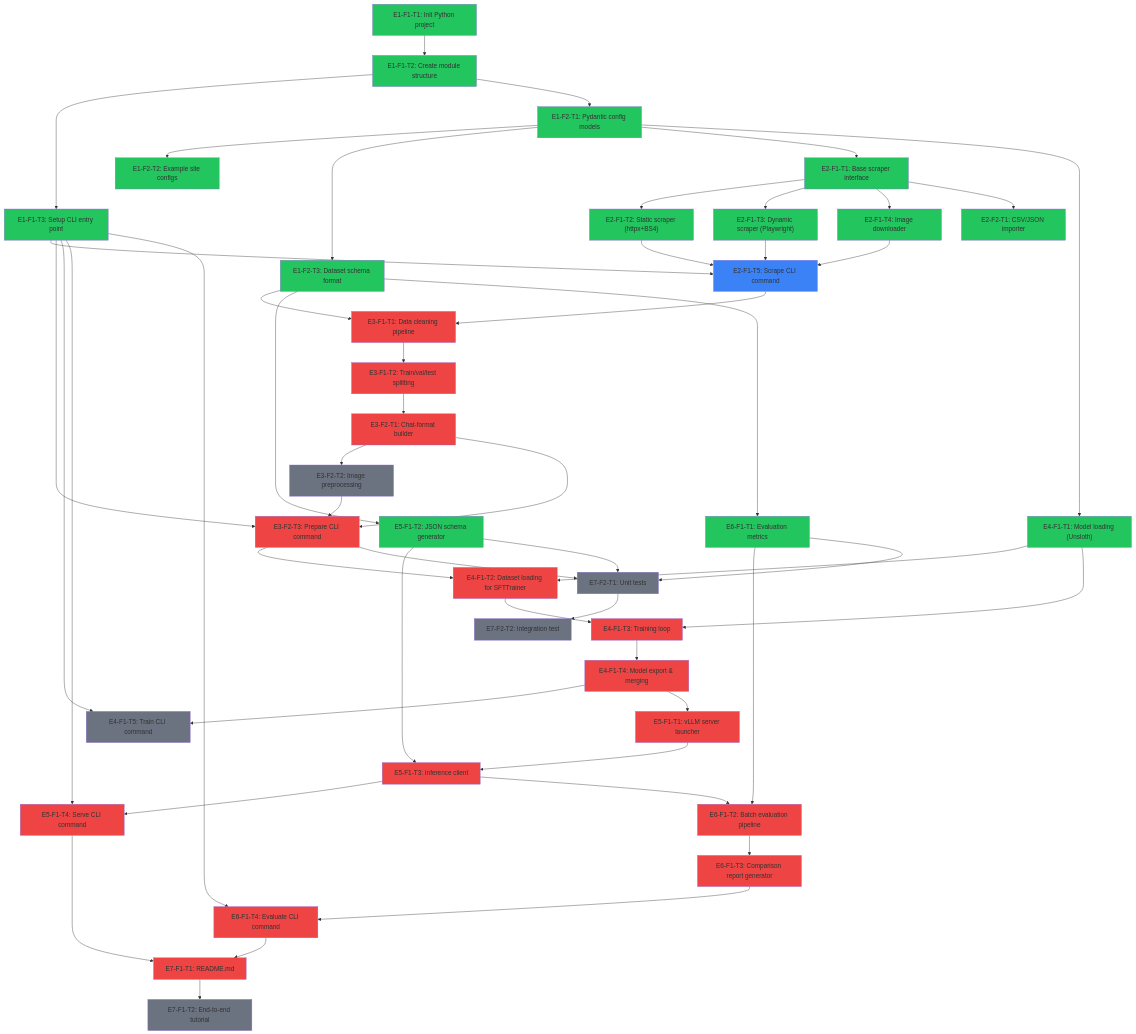
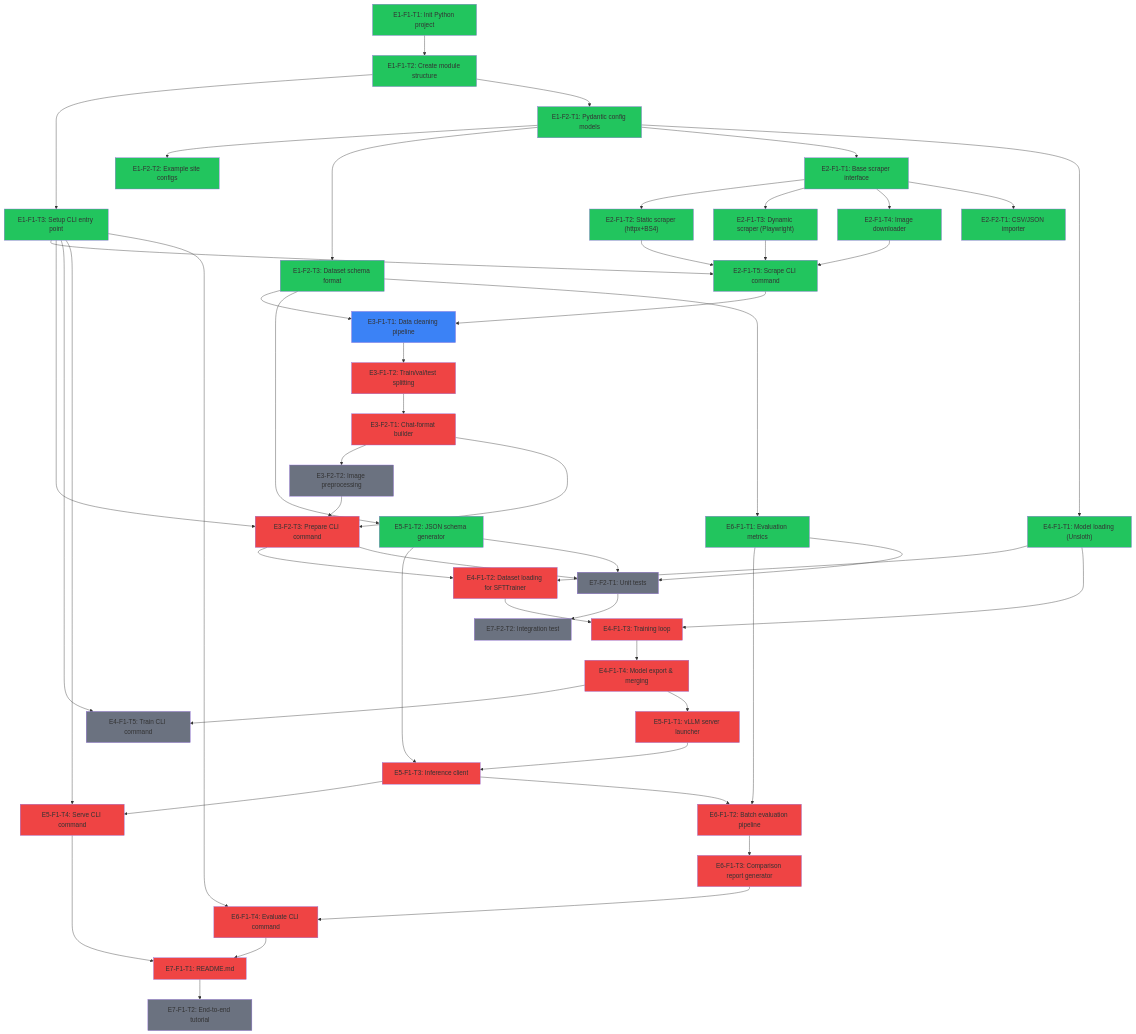
One commit to Vutiot/ArticleTagging changed the diagram in ROADMAP.md. Above: the diagram before and after it, drawn with Mermaid. The commit also changed other lines of this file and 2 other files, not shown here.

Commit message:
E2-F1-T5: Implement scrape CLI command and orchestrator
- orchestrator.py: async pipeline wiring create_scraper, export_jsonl,
  download_images, and save_manifest into a single run_scrape() call
- CLI scrape command: --config, --output-dir, --no-images, --max-listings
- Completes E2 (Data Collection) epic

```diff
--- a/ROADMAP.md
+++ b/ROADMAP.md
@@ -131,11 +131,12 @@
   style E2F1T4 fill:#22c55e
   style E2F2T1 fill:#22c55e
 
+  style E2F1T5 fill:#22c55e
+
   %% Ready (blue) — all blockers resolved
-  style E2F1T5 fill:#3b82f6
+  style E3F1T1 fill:#3b82f6
 
   %% Critical path remaining (red)
-  style E3F1T1 fill:#ef4444
   style E3F1T2 fill:#ef4444
   style E3F2T1 fill:#ef4444
   style E3F2T3 fill:#ef4444
```
